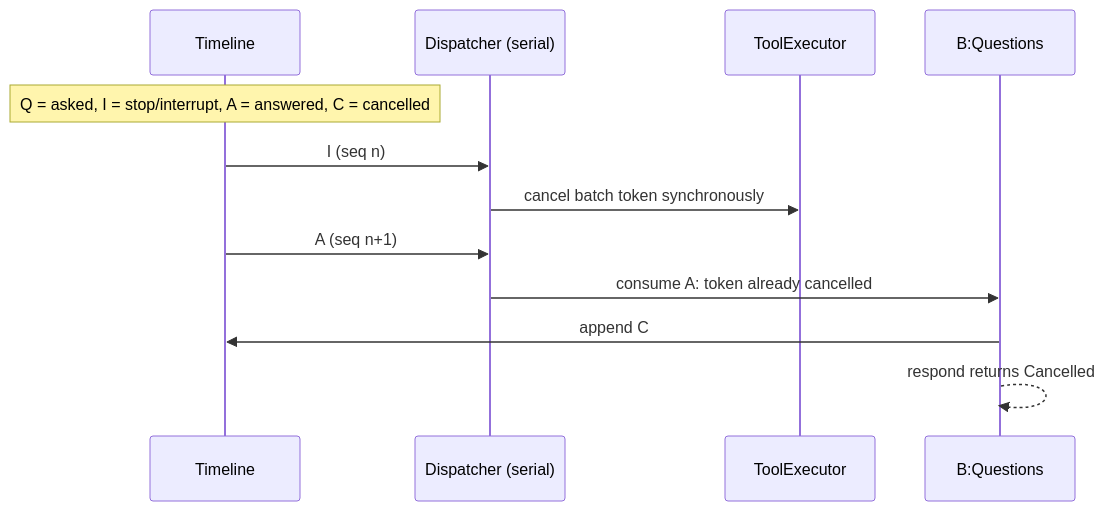
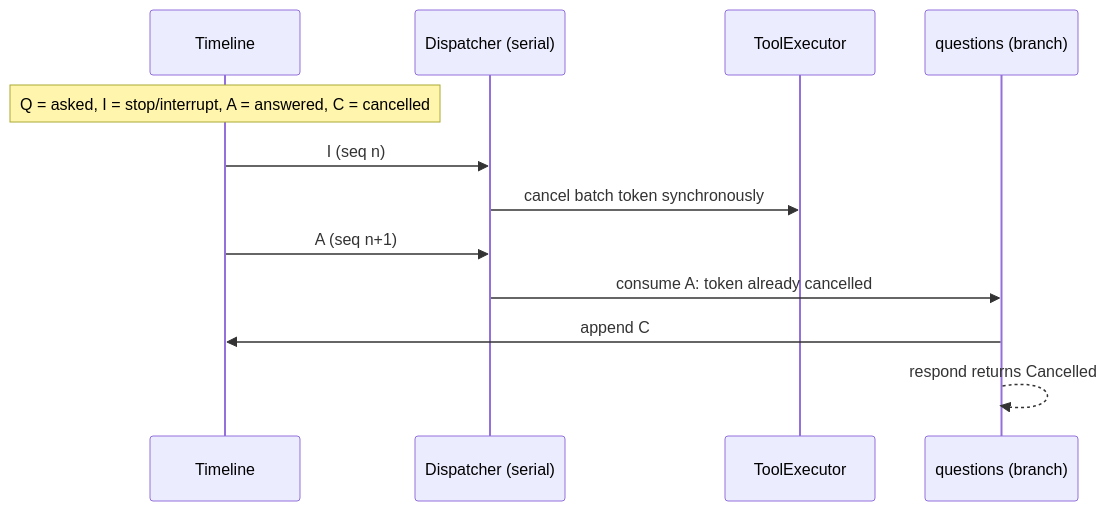
Before and after one commit to CoutinhoTTS/dim-agent: the fifth of 6 diagrams in docs/design/plugins/Questions.md, drawn with Mermaid. The commit also changed other lines of this file and 3 other files, not shown here.

````diff
--- a/docs/design/plugins/Questions.md
+++ b/docs/design/plugins/Questions.md
@@ -138,14 +138,14 @@
 ```mermaid
 sequenceDiagram
   participant TL as Timeline
   participant D as Dispatcher (serial)
   participant TE as ToolExecutor
-  participant Q as B:Questions
+  participant Q as questions (branch)
   Note over TL: Q = asked, I = stop/interrupt, A = answered, C = cancelled
   TL->>D: I (seq n)
   D->>TE: cancel batch token synchronously
   TL->>D: A (seq n+1)
   D->>Q: consume A: token already cancelled
   Q->>TL: append C
   Q-->>Q: respond returns Cancelled
 ```
````
